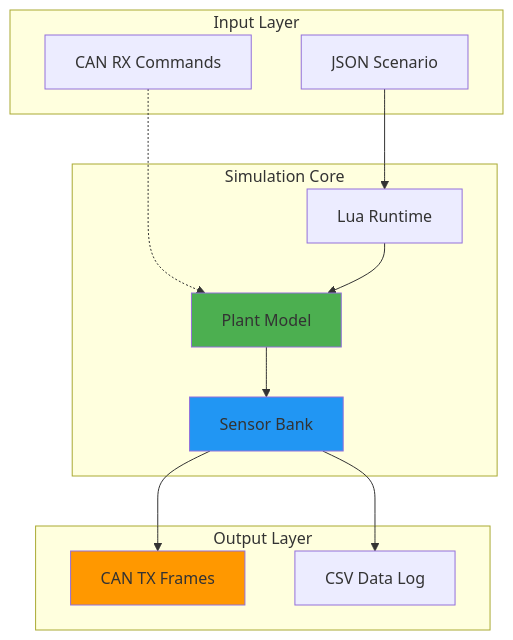
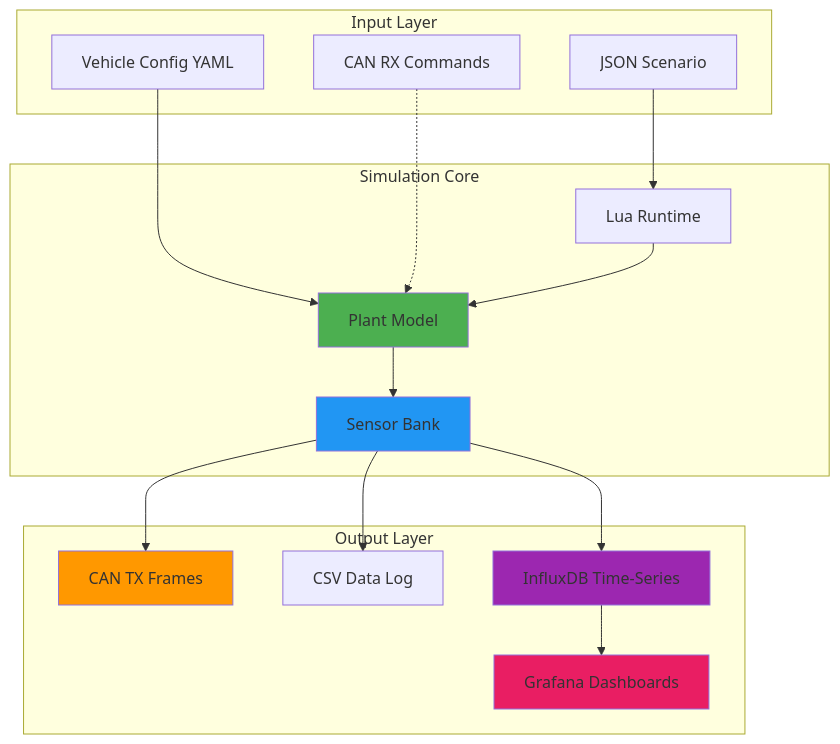
The first of 3 diagrams in README.md (mtilocca/vehicle-Dynamics-Sim-Can), drawn with Mermaid before and after one commit. The commit also changed other lines of this file, not shown here.

````diff
--- a/README.md
+++ b/README.md
@@ -36,29 +38,37 @@
 ```mermaid
 flowchart TB
     subgraph Input["Input Layer"]
         JSON[JSON Scenario]
         CANRX[CAN RX Commands]
+        YAML[Vehicle Config YAML]
     end
     
     subgraph Core["Simulation Core"]
         LUA[Lua Runtime]
         PLANT[Plant Model]
         SENSORS[Sensor Bank]
     end
     
     subgraph Output["Output Layer"]
         CANTX[CAN TX Frames]
         CSV[CSV Data Log]
+        INFLUX[InfluxDB Time-Series]
+        GRAFANA[Grafana Dashboards]
     end
     
     JSON --> LUA
+    YAML --> PLANT
     CANRX -.-> PLANT
     LUA --> PLANT
     PLANT --> SENSORS
     SENSORS --> CANTX
     SENSORS --> CSV
+    SENSORS --> INFLUX
+    INFLUX --> GRAFANA
     
     style PLANT fill:#4CAF50
     style SENSORS fill:#2196F3
     style CANTX fill:#FF9800
+    style INFLUX fill:#9C27B0
+    style GRAFANA fill:#E91E63
 ```
````
